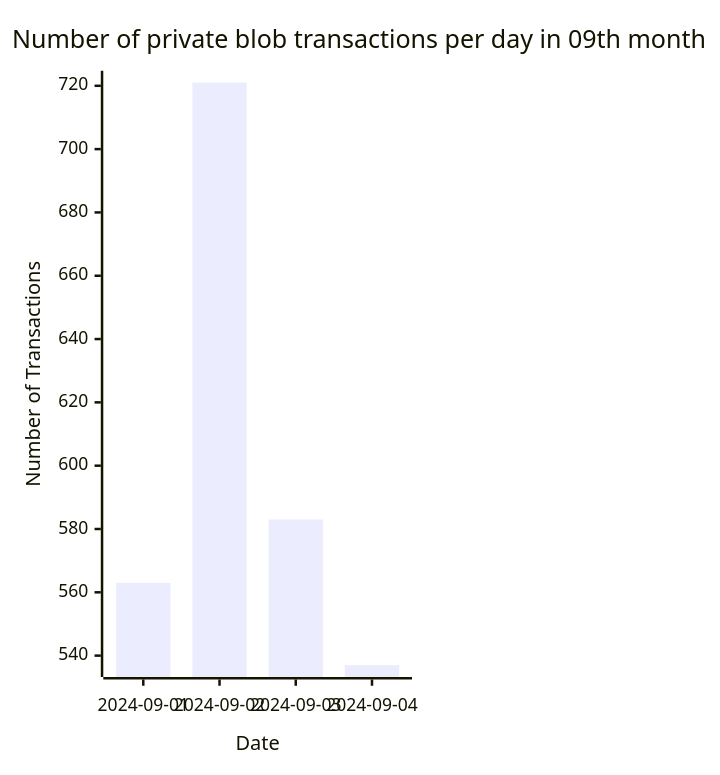
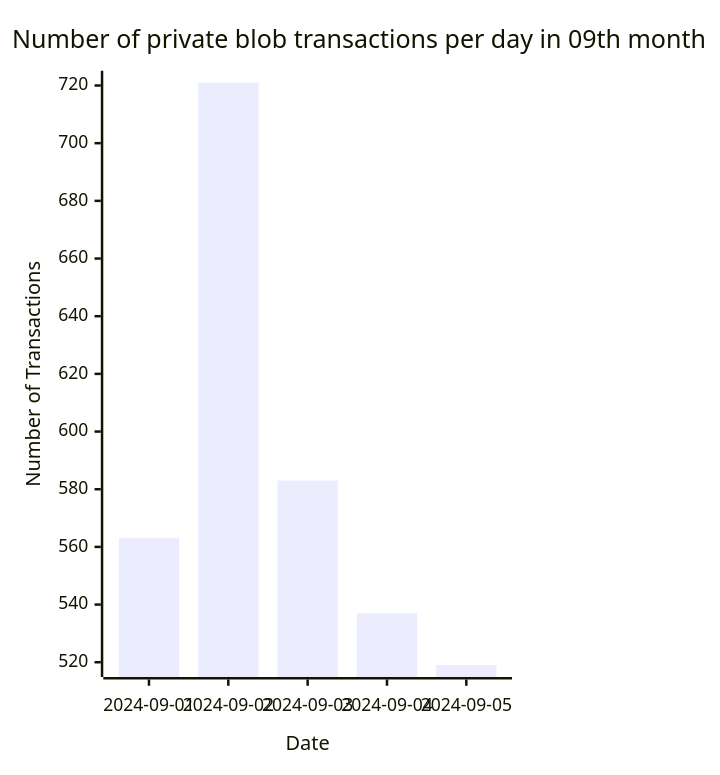
Before and after one commit to Amit0617/eip4844-data: the seventh of 7 diagrams in README.md, drawn with Mermaid. The commit also changed 1 other file, not shown here.

````diff
--- a/README.md
+++ b/README.md
@@ -79,12 +79,12 @@
 ```mermaid
 ---
 config:
     xyChart:
-        width: 320
+        width: 400
         height: 600
 ---
 xychart-beta title "Number of private blob transactions per day in 09th month"
-x-axis "Date" [2024-09-01,2024-09-02,2024-09-03,2024-09-04]
+x-axis "Date" [2024-09-01,2024-09-02,2024-09-03,2024-09-04,2024-09-05]
 y-axis "Number of Transactions"
-bar[563,721,583,537]
+bar[563,721,583,537,519]
 ```
````
